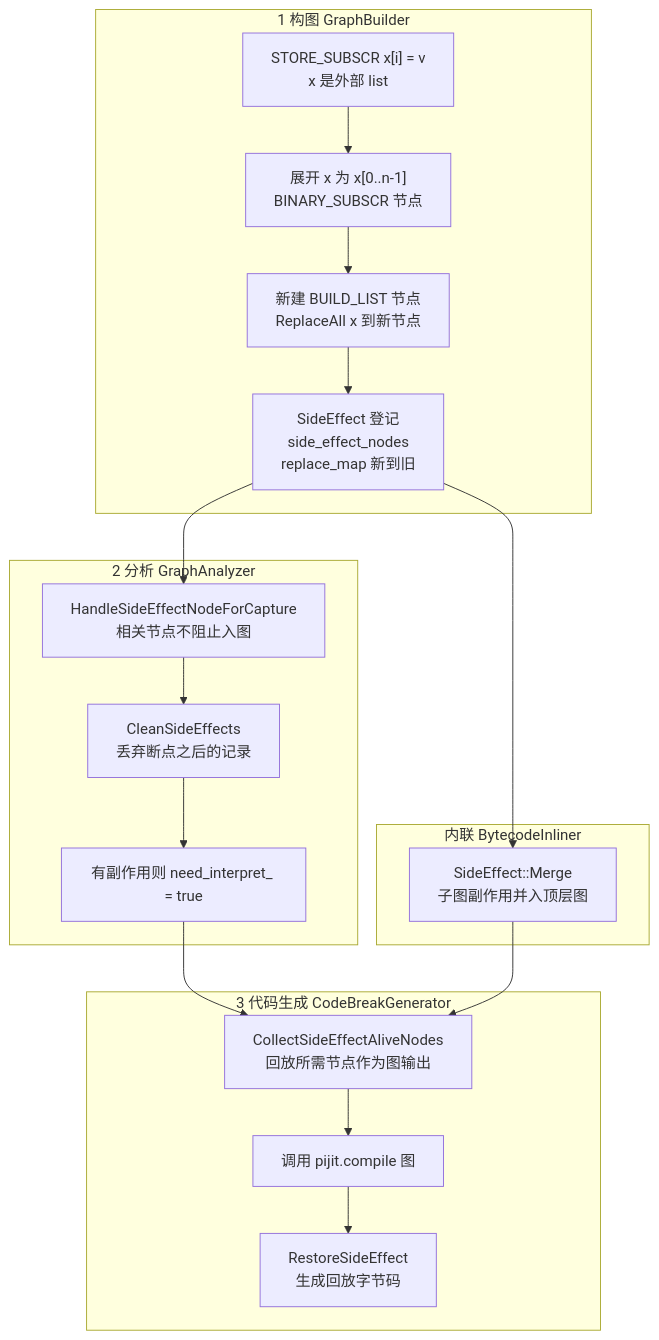
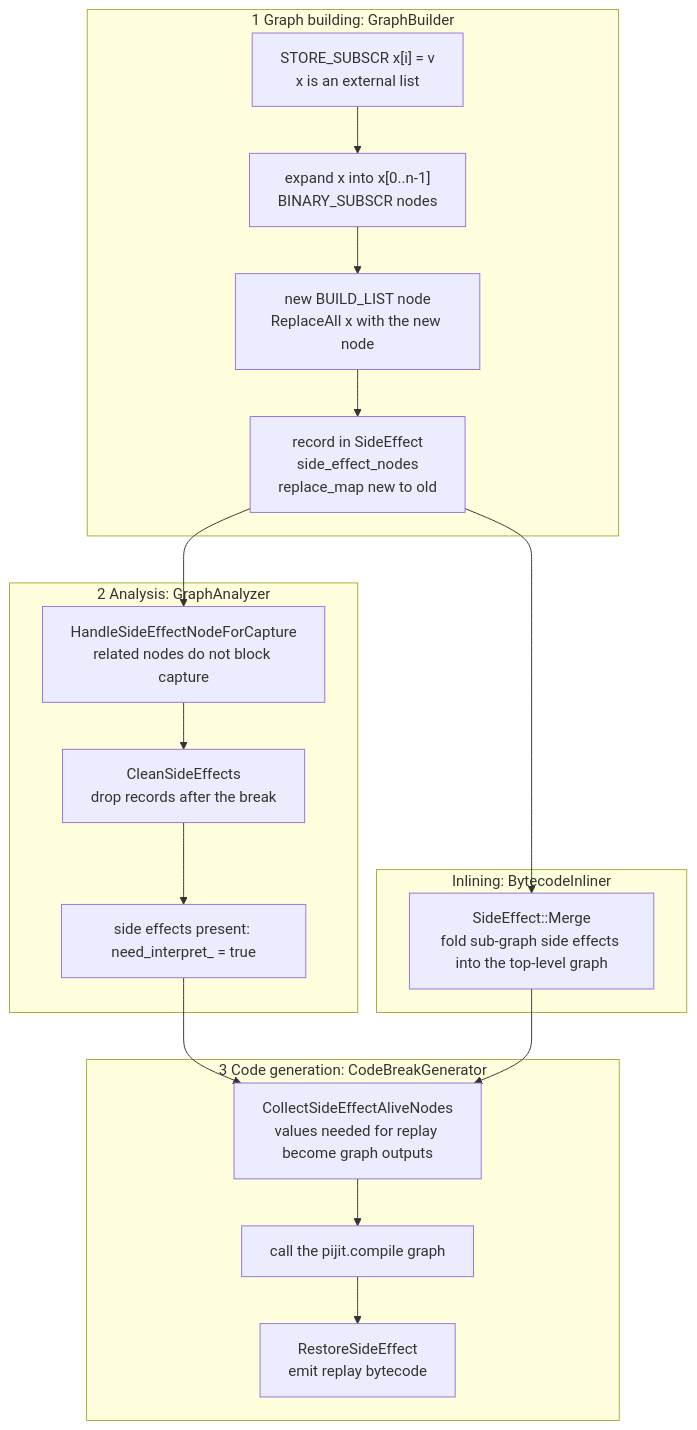
One commit to YUNPUWU/mindspore-pijit-contributions changed the first of 2 diagrams in docs/04-side-effect.md. Above: the diagram before and after it, drawn with Mermaid. The commit also changed other lines of this file and 14 other files, not shown here.

````diff
--- a/docs/04-side-effect.md
+++ b/docs/04-side-effect.md
@@ -43,23 +43,23 @@
 ```mermaid
 flowchart TB
-    subgraph B["1 构图 GraphBuilder"]
-      B1["STORE_SUBSCR x[i] = v<br/>x 是外部 list"] --> B2["展开 x 为 x[0..n-1]<br/>BINARY_SUBSCR 节点"]
-      B2 --> B3["新建 BUILD_LIST 节点<br/>ReplaceAll x 到新节点"]
-      B3 --> B4["SideEffect 登记<br/>side_effect_nodes<br/>replace_map 新到旧"]
+    subgraph B["1 Graph building: GraphBuilder"]
+      B1["STORE_SUBSCR x[i] = v<br/>x is an external list"] --> B2["expand x into x[0..n-1]<br/>BINARY_SUBSCR nodes"]
+      B2 --> B3["new BUILD_LIST node<br/>ReplaceAll x with the new node"]
+      B3 --> B4["record in SideEffect<br/>side_effect_nodes<br/>replace_map new to old"]
     end
-    subgraph A["2 分析 GraphAnalyzer"]
-      A1["HandleSideEffectNodeForCapture<br/>相关节点不阻止入图"] --> A2["CleanSideEffects<br/>丢弃断点之后的记录"]
-      A2 --> A3["有副作用则 need_interpret_ = true"]
+    subgraph A["2 Analysis: GraphAnalyzer"]
+      A1["HandleSideEffectNodeForCapture<br/>related nodes do not block capture"] --> A2["CleanSideEffects<br/>drop records after the break"]
+      A2 --> A3["side effects present: need_interpret_ = true"]
     end
-    subgraph I["内联 BytecodeInliner"]
-      I1["SideEffect::Merge<br/>子图副作用并入顶层图"]
+    subgraph I["Inlining: BytecodeInliner"]
+      I1["SideEffect::Merge<br/>fold sub-graph side effects into the top-level graph"]
     end
-    subgraph C["3 代码生成 CodeBreakGenerator"]
-      C1["CollectSideEffectAliveNodes<br/>回放所需节点作为图输出"] --> C2["调用 pijit.compile 图"]
-      C2 --> C3["RestoreSideEffect<br/>生成回放字节码"]
+    subgraph C["3 Code generation: CodeBreakGenerator"]
+      C1["CollectSideEffectAliveNodes<br/>values needed for replay become graph outputs"] --> C2["call the pijit.compile graph"]
+      C2 --> C3["RestoreSideEffect<br/>emit replay bytecode"]
     end
     B4 --> A1
     B4 --> I1
     A3 --> C1
     I1 --> C1
 ```
````
